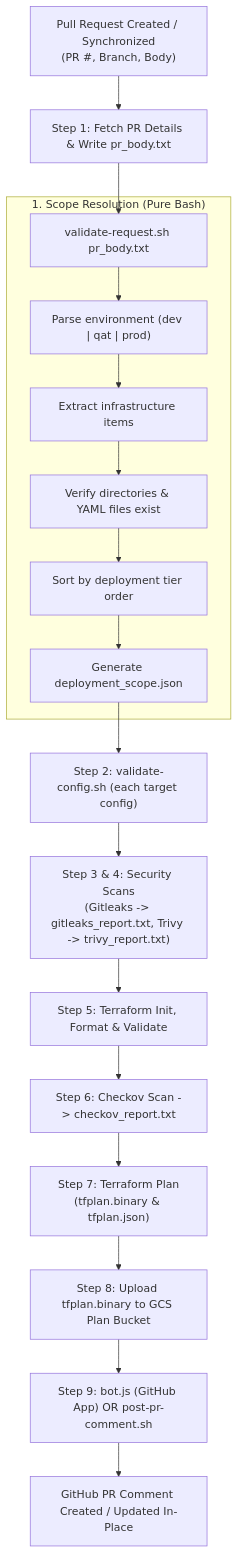
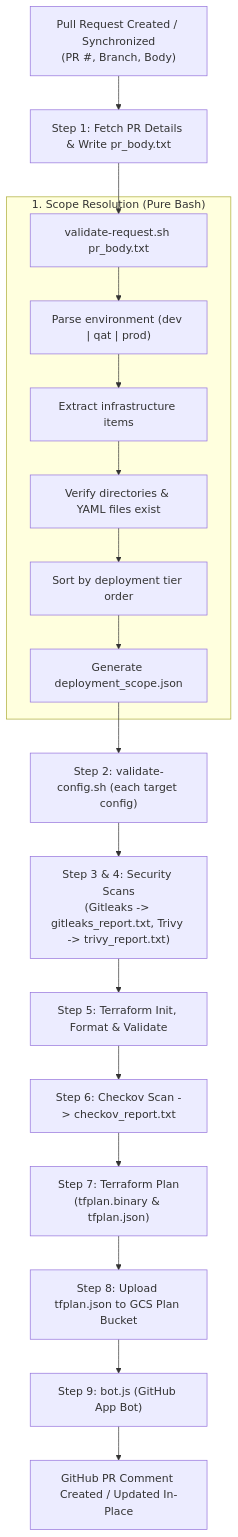
The first of 2 diagrams in cloudbuild-pipelines/scripts/README.md (yuva-cloud-devops/gcp-platform-foundation-terraform), drawn with Mermaid before and after one commit. The commit also changed other lines of this file and 30 other files, not shown here.

````diff
--- a/cloudbuild-pipelines/scripts/README.md
+++ b/cloudbuild-pipelines/scripts/README.md
@@ -52,22 +54,22 @@
 ```mermaid
 flowchart TD
     PR["Pull Request Created / Synchronized<br/>(PR #, Branch, Body)"] --> S1["Step 1: Fetch PR Details & Write pr_body.txt"]
     S1 --> S2["validate-request.sh pr_body.txt"]
     
     subgraph ScopeValidation ["1. Scope Resolution (Pure Bash)"]
         S2 --> P1["Parse environment (dev | qat | prod)"]
         P1 --> P2["Extract infrastructure items"]
         P2 --> P3["Verify directories & YAML files exist"]
         P3 --> P4["Sort by deployment tier order"]
         P4 --> P5["Generate deployment_scope.json"]
     end
     
     P5 --> S3["Step 2: validate-config.sh (each target config)"]
     S3 --> S4["Step 3 & 4: Security Scans<br/>(Gitleaks -> gitleaks_report.txt, Trivy -> trivy_report.txt)"]
     S4 --> S5["Step 5: Terraform Init, Format & Validate"]
     S5 --> S6["Step 6: Checkov Scan -> checkov_report.txt"]
     S6 --> S7["Step 7: Terraform Plan<br/>(tfplan.binary & tfplan.json)"]
-    S7 --> S8["Step 8: Upload tfplan.binary to GCS Plan Bucket"]
-    S8 --> S9["Step 9: bot.js (GitHub App) OR post-pr-comment.sh"]
+    S7 --> S8["Step 8: Upload tfplan.json to GCS Plan Bucket"]
+    S8 --> S9["Step 9: bot.js (GitHub App Bot)"]
     S9 --> S10["GitHub PR Comment Created / Updated In-Place"]
 ```
````
